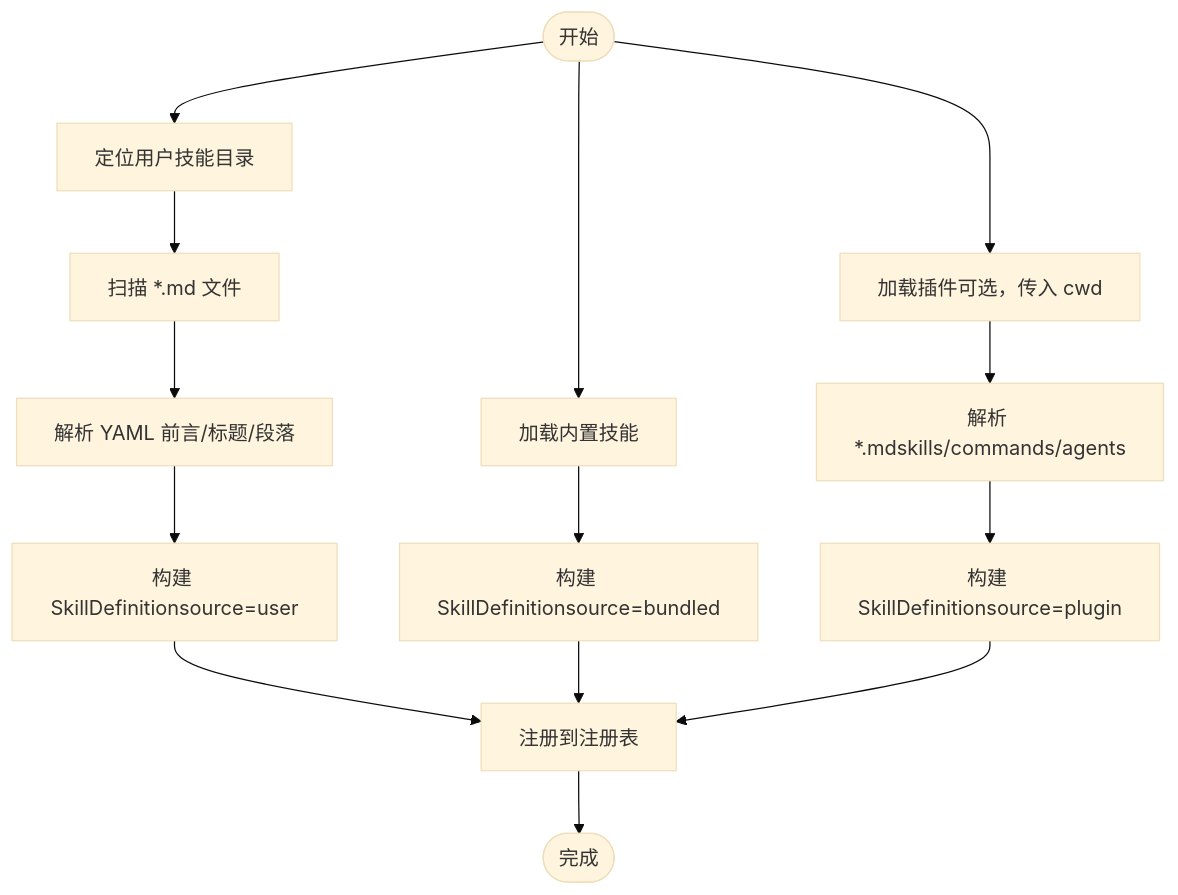
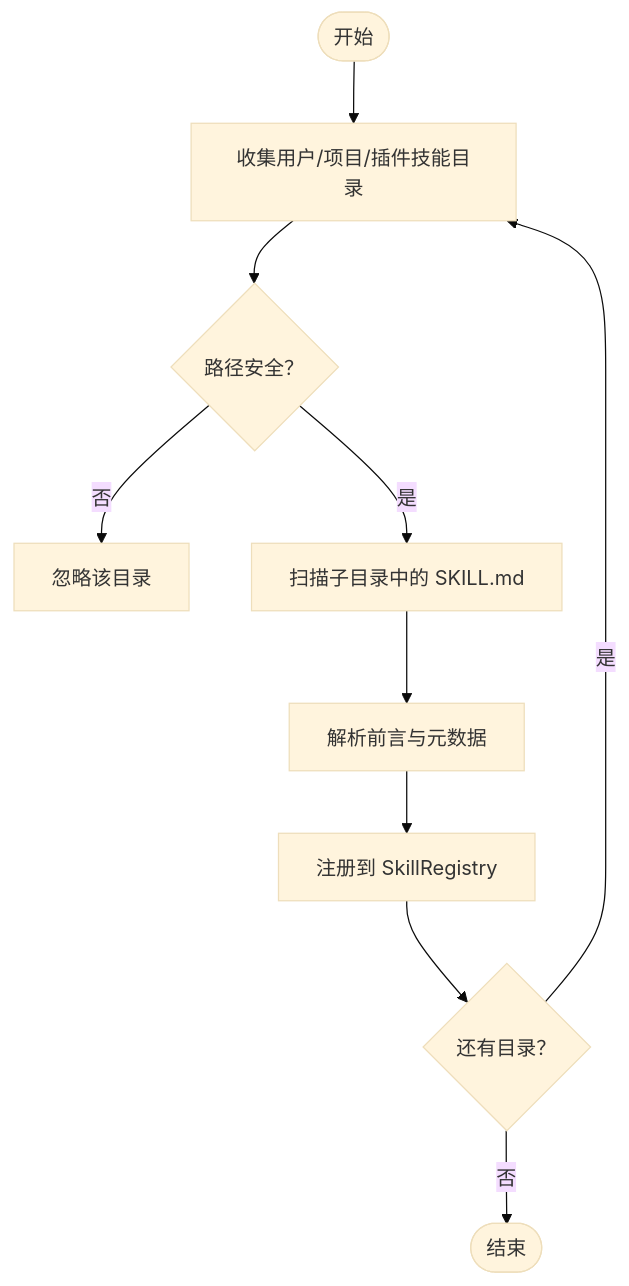
One commit to haolange/OpenHarness changed the third of 6 diagrams in .qoder/repowiki/zh/content/技能系统/技能系统.md. Above: the diagram before and after it, drawn with Mermaid (base theme). The commit also changed other lines of this file and 222 other files, not shown here.

````diff
--- a/.qoder/repowiki/zh/content/技能系统/技能系统.md
+++ b/.qoder/repowiki/zh/content/技能系统/技能系统.md
@@ -150,16 +129,12 @@
 ```mermaid
 flowchart TD
-Start(["开始"]) --> FindUser["定位用户技能目录"]
-FindUser --> ScanUser["扫描 *.md 文件"]
-ScanUser --> ParseUser["解析 YAML 前言/标题/段落"]
-ParseUser --> BuildUser["构建 SkillDefinitionsource=user"]
-Start --> LoadBundled["加载内置技能"]
-LoadBundled --> BuildBundled["构建 SkillDefinitionsource=bundled"]
-Start --> LoadPlugins["加载插件可选，传入 cwd"]
-LoadPlugins --> ParsePlugins["解析 *.mdskills/commands/agents"]
-ParsePlugins --> BuildPlugins["构建 SkillDefinitionsource=plugin"]
-BuildUser --> Register["注册到注册表"]
-BuildBundled --> Register
-BuildPlugins --> Register
-Register --> Done(["完成"])
+Start(["开始"]) --> GetDirs["收集用户/项目/插件技能目录"]
+GetDirs --> SafeCheck{"路径安全？"}
+SafeCheck --> |否| Skip["忽略该目录"]
+SafeCheck --> |是| Scan["扫描子目录中的 SKILL.md"]
+Scan --> Parse["解析前言与元数据"]
+Parse --> Register["注册到 SkillRegistry"]
+Register --> Next{"还有目录？"}
+Next --> |是| GetDirs
+Next --> |否| End(["结束"])
 ```
````
